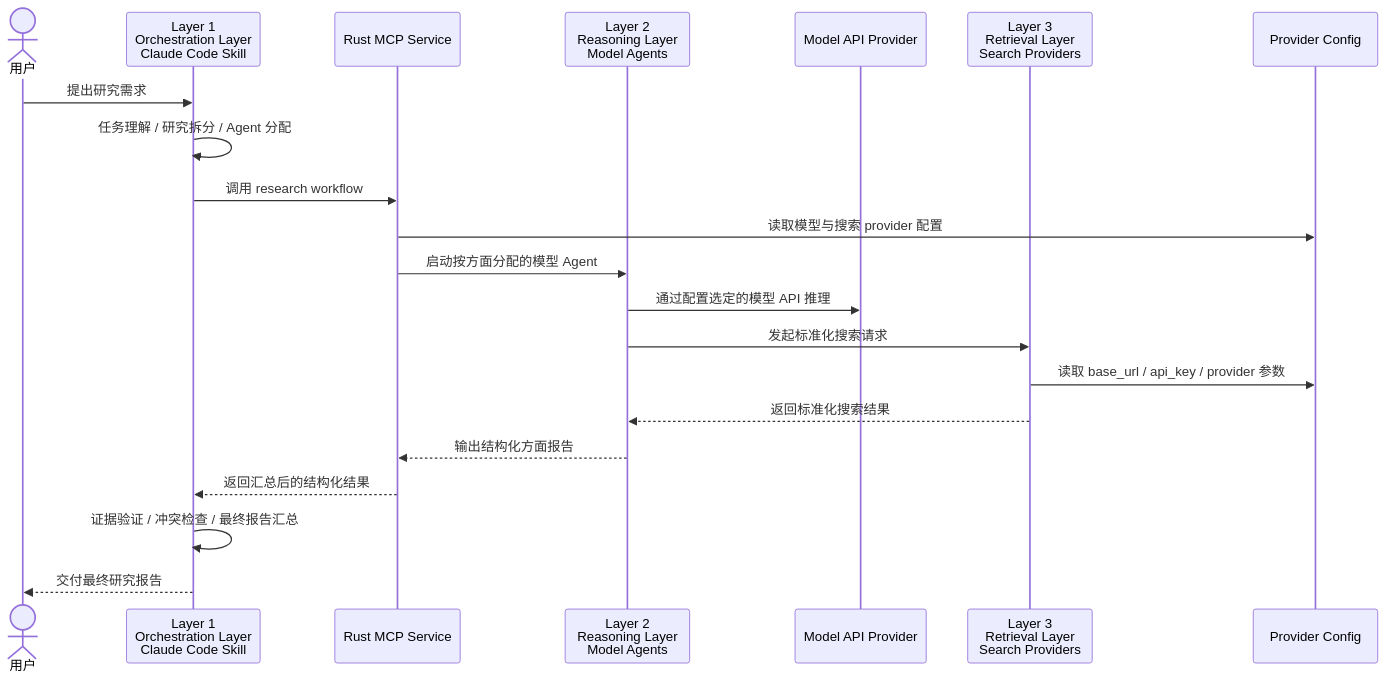
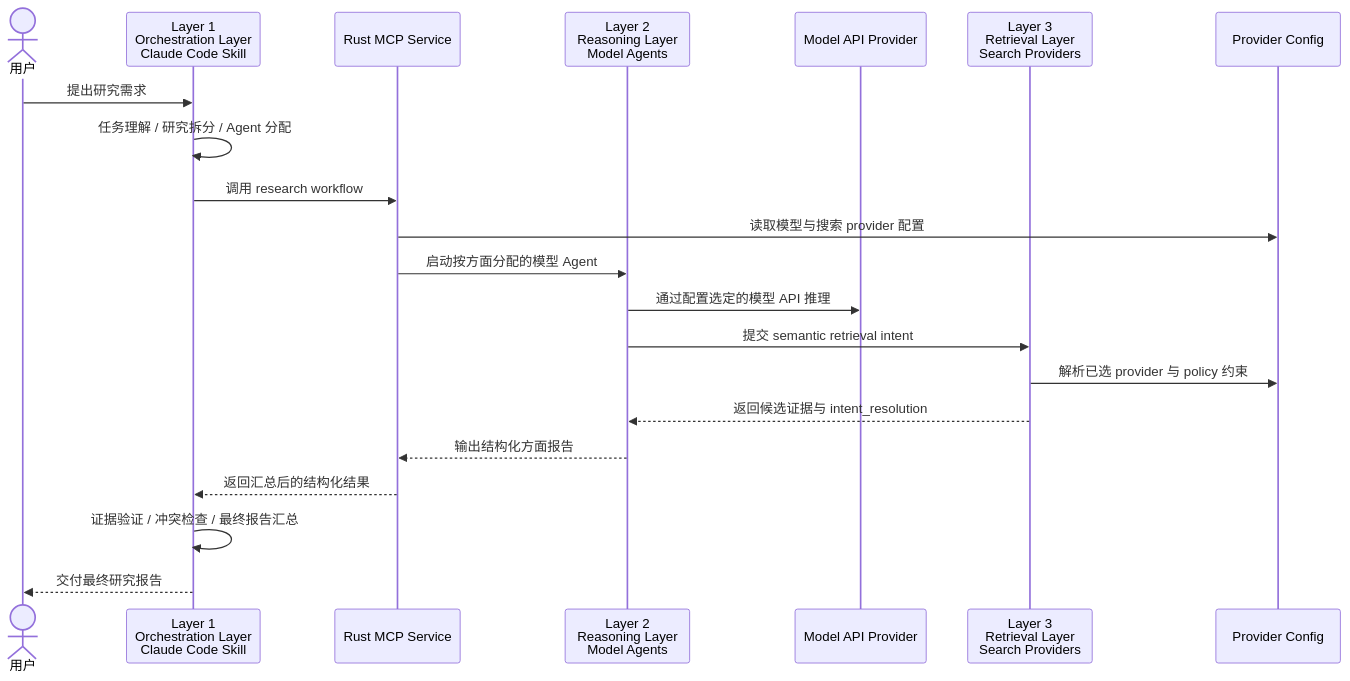
One commit to 4o3F/MoeResearch changed the first of 5 diagrams in docs/research-agent-product.md. Above: the diagram before and after it, drawn with Mermaid. The commit also changed other lines of this file and 77 other files, not shown here.

First line of the commit message:
feat(research)!: unify provider-neutral search intent (#39)

````diff
--- a/docs/research-agent-product.md
+++ b/docs/research-agent-product.md
@@ -71,24 +71,24 @@
 ```mermaid
 sequenceDiagram
   actor User as 用户
   participant Skill as Layer 1<br/>Orchestration Layer<br/>Claude Code Skill
   participant MCP as Rust MCP Service
   participant Agent as Layer 2<br/>Reasoning Layer<br/>Model Agents
   participant Model as Model API Provider
   participant Search as Layer 3<br/>Retrieval Layer<br/>Search Providers
   participant Config as Provider Config
 
   User->>Skill: 提出研究需求
   Skill->>Skill: 任务理解 / 研究拆分 / Agent 分配
   Skill->>MCP: 调用 research workflow
   MCP->>Config: 读取模型与搜索 provider 配置
   MCP->>Agent: 启动按方面分配的模型 Agent
   Agent->>Model: 通过配置选定的模型 API 推理
-  Agent->>Search: 发起标准化搜索请求
-  Search->>Config: 读取 base_url / api_key / provider 参数
-  Search-->>Agent: 返回标准化搜索结果
+  Agent->>Search: 提交 semantic retrieval intent
+  Search->>Config: 解析已选 provider 与 policy 约束
+  Search-->>Agent: 返回候选证据与 intent_resolution
   Agent-->>MCP: 输出结构化方面报告
   MCP-->>Skill: 返回汇总后的结构化结果
   Skill->>Skill: 证据验证 / 冲突检查 / 最终报告汇总
   Skill-->>User: 交付最终研究报告
 ```
````
